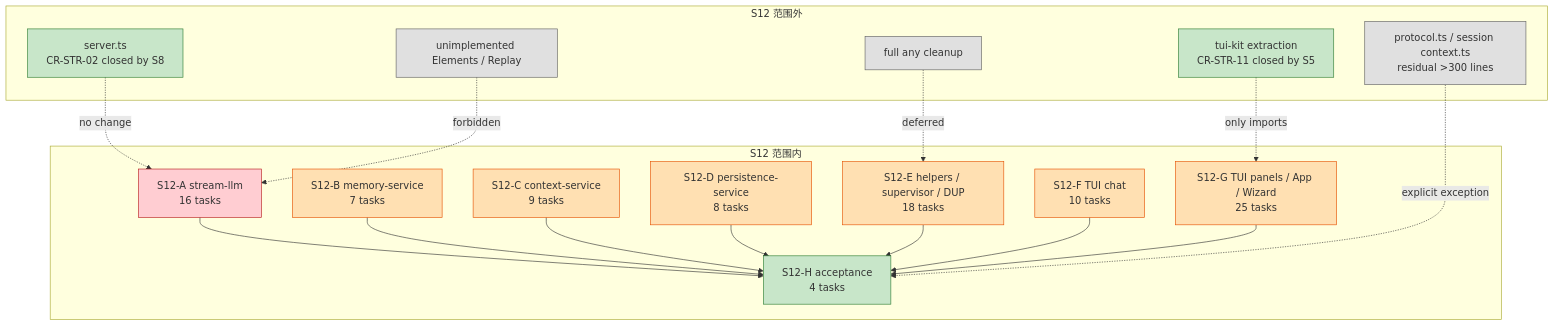
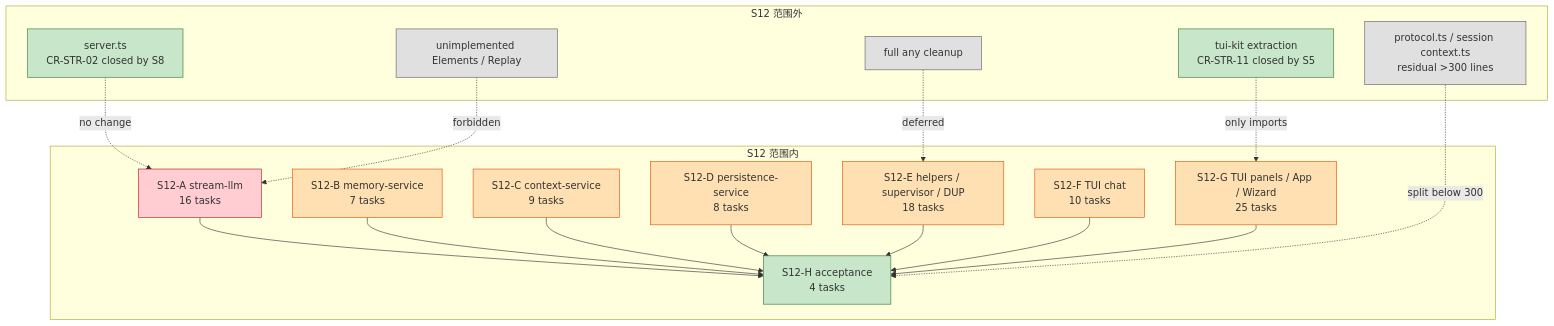
Before and after one commit to aokihu/atom_neo: the first of 15 diagrams in docs/code-review-2026-11-10/code-review-s12-graph-2026-11-12.md, drawn with Mermaid. The commit also changed other lines of this file and 27 other files, not shown here.

````diff
--- a/docs/code-review-2026-11-10/code-review-s12-graph-2026-11-12.md
+++ b/docs/code-review-2026-11-10/code-review-s12-graph-2026-11-12.md
@@ -29,49 +29,49 @@
 ```mermaid
 graph TB
     subgraph InScope["S12 范围内"]
         A["S12-A stream-llm<br/>16 tasks"]
         B["S12-B memory-service<br/>7 tasks"]
         C["S12-C context-service<br/>9 tasks"]
         D["S12-D persistence-service<br/>8 tasks"]
         E["S12-E helpers / supervisor / DUP<br/>18 tasks"]
         F["S12-F TUI chat<br/>10 tasks"]
         G["S12-G TUI panels / App / Wizard<br/>25 tasks"]
         H["S12-H acceptance<br/>4 tasks"]
     end
 
     subgraph OutScope["S12 范围外"]
         SERVER["server.ts<br/>CR-STR-02 closed by S8"]
         KIT["tui-kit extraction<br/>CR-STR-11 closed by S5"]
         ANY["full any cleanup"]
         FORBID["unimplemented Elements / Replay"]
         PROTO["protocol.ts / session context.ts<br/>residual >300 lines"]
     end
 
     A --> H
     B --> H
     C --> H
     D --> H
     E --> H
     F --> H
     G --> H
 
     SERVER -.->|"no change"| A
     KIT -.->|"only imports"| G
     ANY -.->|"deferred"| E
     FORBID -.->|"forbidden"| A
-    PROTO -.->|"explicit exception"| H
+    PROTO -.->|"split below 300"| H
 
     style A fill:#ffcdd2,stroke:#b71c1c
     style B fill:#ffe0b2,stroke:#e65100
     style C fill:#ffe0b2,stroke:#e65100
     style D fill:#ffe0b2,stroke:#e65100
     style E fill:#ffe0b2,stroke:#e65100
     style F fill:#ffe0b2,stroke:#e65100
     style G fill:#ffe0b2,stroke:#e65100
     style H fill:#c8e6c9,stroke:#2e7d32
     style SERVER fill:#c8e6c9,stroke:#2e7d32
     style KIT fill:#c8e6c9,stroke:#2e7d32
     style ANY fill:#e0e0e0,stroke:#616161
     style FORBID fill:#e0e0e0,stroke:#616161
     style PROTO fill:#e0e0e0,stroke:#616161
 ```
````
